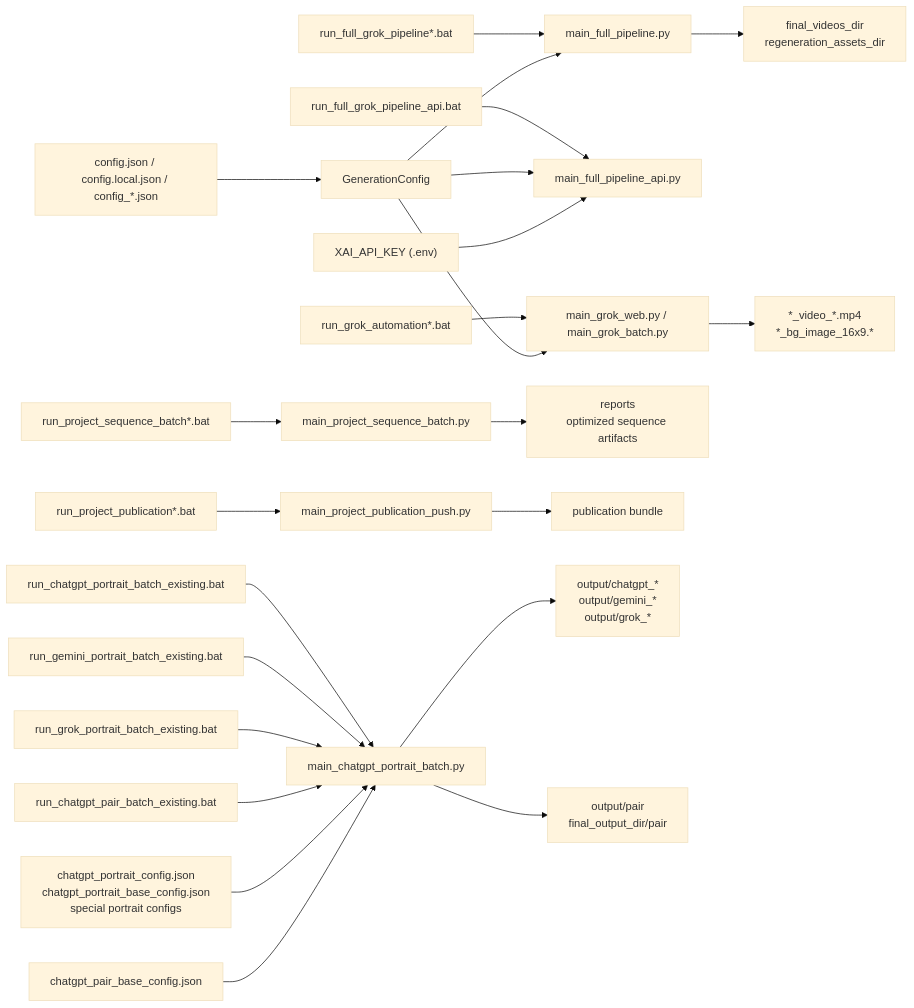
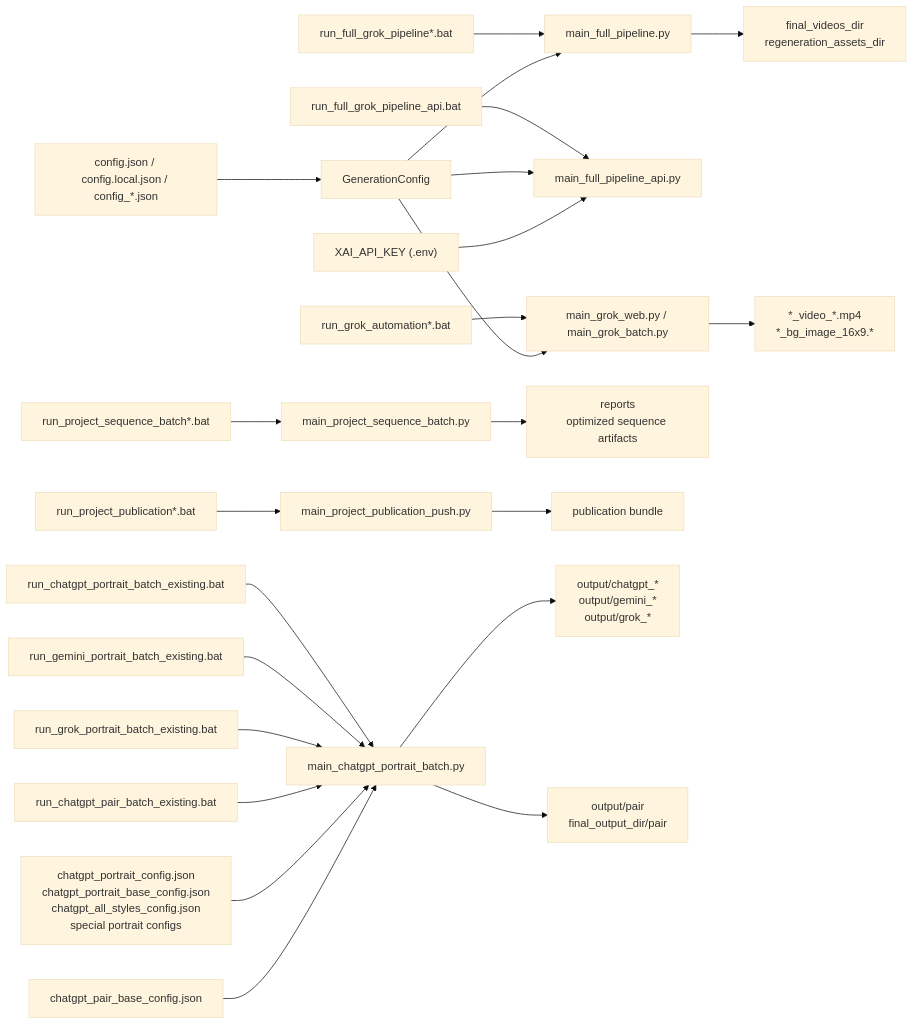
One commit to sergey-frd/Memory-to-Video_Agent changed the third of 3 diagrams in source/PROJECT_STRUCTURE.md. Above: the diagram before and after it, drawn with Mermaid (base theme). The commit also changed other lines of this file and 63 other files, not shown here.

Commit message:
Publish 2026.07.22.01: Sequence Trim Review (heuristic + semantic compact KEEP/DROP)

````diff
--- a/source/PROJECT_STRUCTURE.md
+++ b/source/PROJECT_STRUCTURE.md
@@ -223,28 +224,28 @@
 ```mermaid
 flowchart LR
   B1["run_full_grok_pipeline*.bat"] --> P1["main_full_pipeline.py"]
   B1A["run_full_grok_pipeline_api.bat"] --> P1A["main_full_pipeline_api.py"]
   B2["run_grok_automation*.bat"] --> P2["main_grok_web.py / main_grok_batch.py"]
   B3["run_project_sequence_batch*.bat"] --> P3["main_project_sequence_batch.py"]
   B4["run_project_publication*.bat"] --> P4["main_project_publication_push.py"]
   B5["run_chatgpt_portrait_batch_existing.bat"] --> P6["main_chatgpt_portrait_batch.py"]
   B6["run_gemini_portrait_batch_existing.bat"] --> P6
   B7["run_grok_portrait_batch_existing.bat"] --> P6
   B8["run_chatgpt_pair_batch_existing.bat"] --> P6
 
   C1["config.json / config.local.json / config_*.json"] --> G1["GenerationConfig"]
   G1 --> P1
   G1 --> P1A
   G1 --> P2
   ENV["XAI_API_KEY (.env)"] --> P1A
 
-  C5["chatgpt_portrait_config.json\nchatgpt_portrait_base_config.json\nspecial portrait configs"] --> P6
+  C5["chatgpt_portrait_config.json\nchatgpt_portrait_base_config.json\nchatgpt_all_styles_config.json\nspecial portrait configs"] --> P6
   C6["chatgpt_pair_base_config.json"] --> P6
 
   P1 --> O1["final_videos_dir\nregeneration_assets_dir"]
   P2 --> O2["*_video_*.mp4\n*_bg_image_16x9.*"]
   P3 --> O3["reports\noptimized sequence artifacts"]
   P4 --> O4["publication bundle"]
   P6 --> O5["output/chatgpt_*\noutput/gemini_*\noutput/grok_*"]
   P6 --> O6["output/pair\nfinal_output_dir/pair"]
 ```
````
